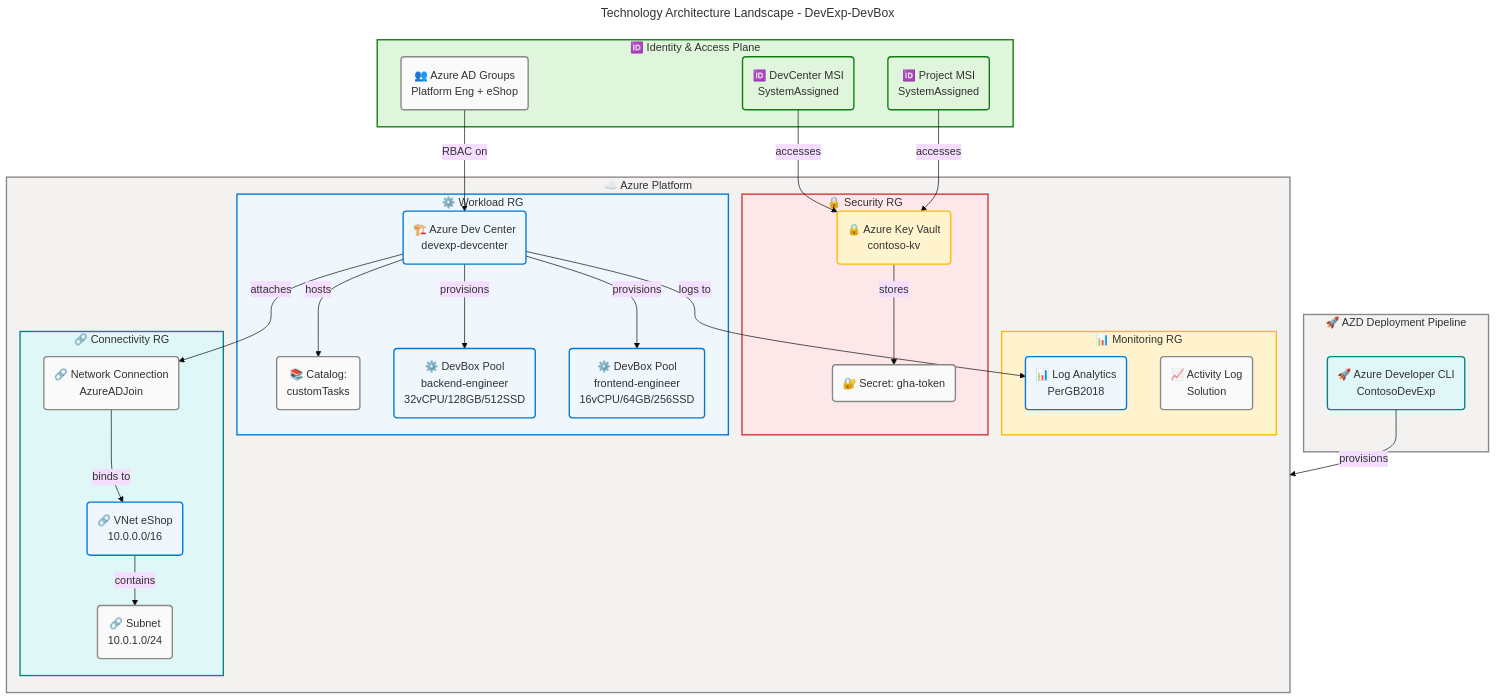
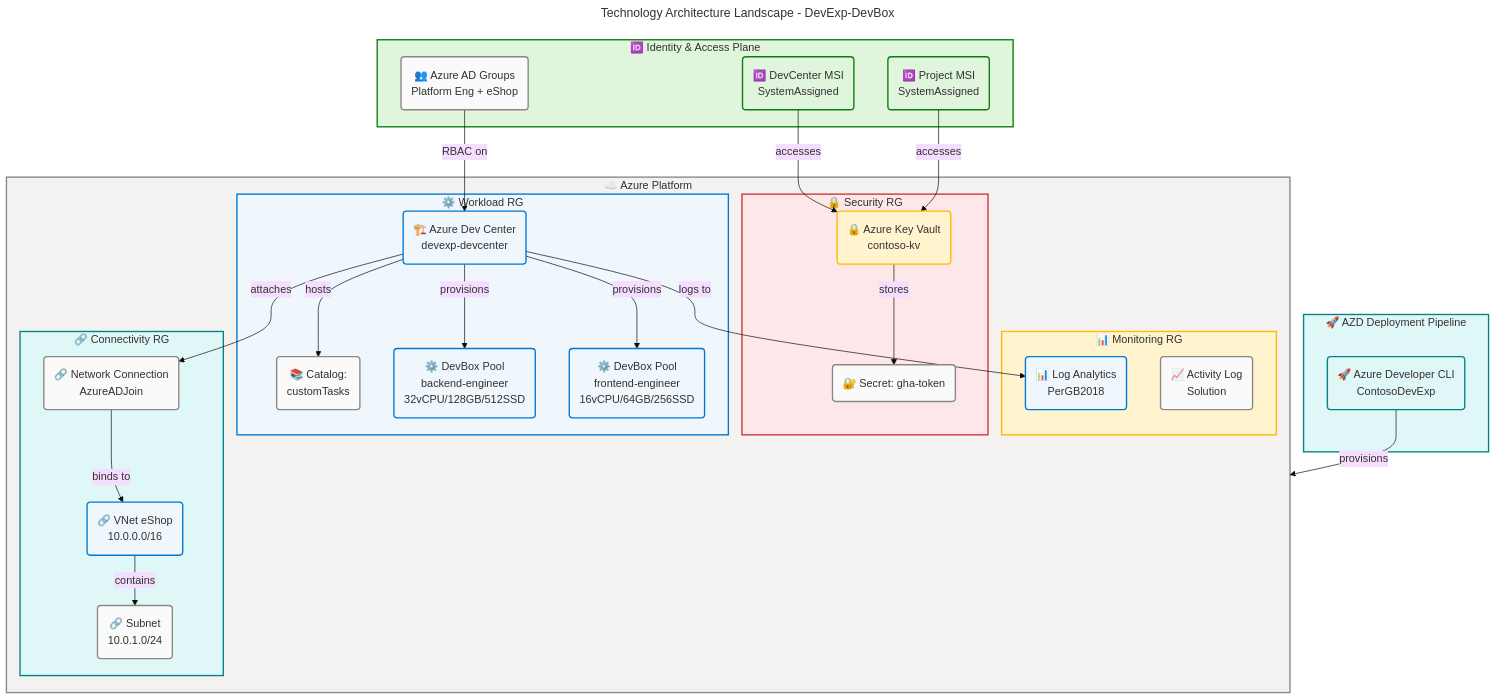
One commit to Evilazaro/DevExp-DevBox changed the first of 6 diagrams in docs/architecture/technology-architecture.md. Above: the diagram before and after it, drawn with Mermaid.

Commit message:
refactor: Update Pipeline style for improved visual consistency in technology architecture documentation

```diff
--- a/docs/architecture/technology-architecture.md
+++ b/docs/architecture/technology-architecture.md
@@ -163,7 +163,7 @@
     classDef warning fill:#FFF4CE,stroke:#FFB900,stroke-width:2px,color:#323130
     classDef external fill:#E0F7F7,stroke:#038387,stroke-width:2px,color:#323130
 
-    style Pipeline fill:#F3F2F1,stroke:#8A8886,stroke-width:2px,color:#323130
+    style Pipeline fill:#E0F7F7,stroke:#038387,stroke-width:2px,color:#323130
     style AzurePlatform fill:#F3F2F1,stroke:#8A8886,stroke-width:2px,color:#323130
     style MonitorRG fill:#FFF4CE,stroke:#FFB900,stroke-width:2px,color:#323130
     style SecurityRG fill:#FDE7E9,stroke:#D13438,stroke-width:2px,color:#323130
```
